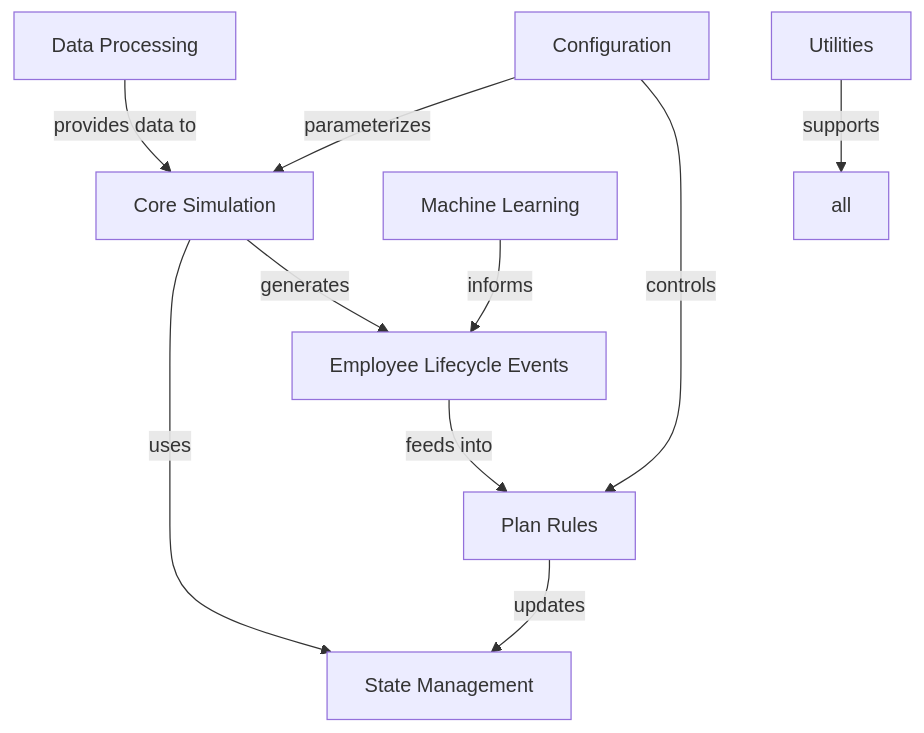
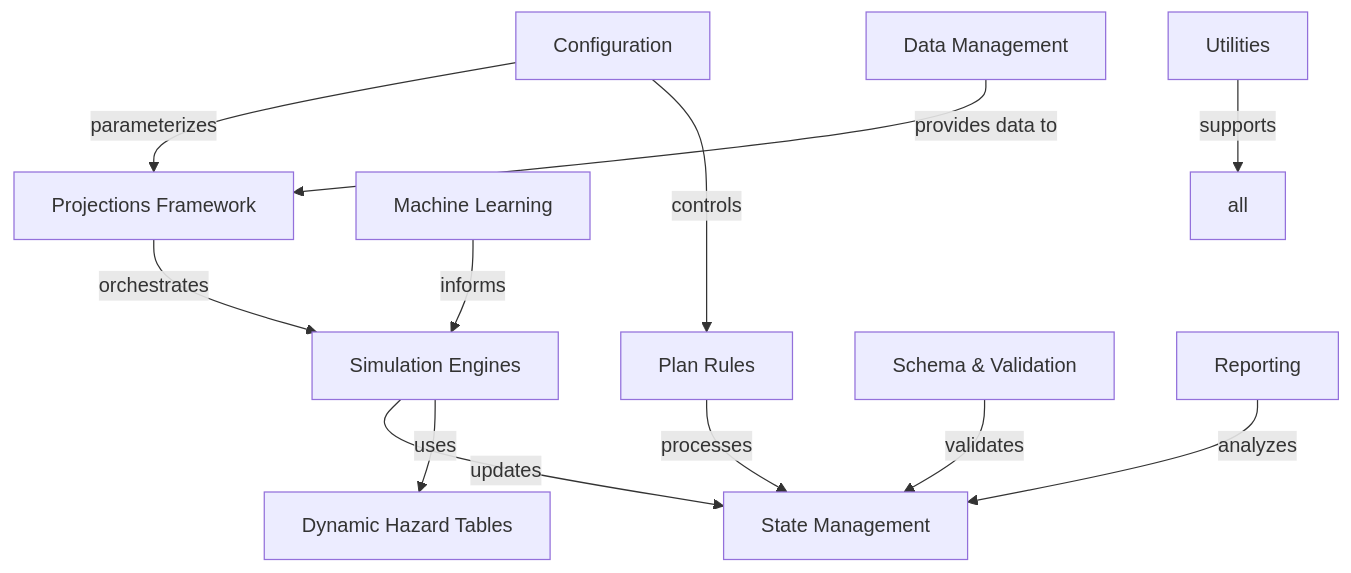
One commit to crzyc98/cost-model changed the diagram in docs/cost_model/01_key_modules.md. Above: the diagram before and after it, drawn with Mermaid. The commit also changed other lines of this file and 32 other files, not shown here.

````diff
--- a/docs/cost_model/01_key_modules.md
+++ b/docs/cost_model/01_key_modules.md
@@ -74,12 +123,14 @@
 ```mermaid
 graph TD
-    A[Core Simulation] -->|uses| B[State Management]
-    A -->|generates| C[Employee Lifecycle Events]
-    C -->|feeds into| D[Plan Rules]
-    D -->|updates| B
-    E[Data Processing] -->|provides data to| A
-    F[Machine Learning] -->|informs| C
-    G[Configuration] -->|parameterizes| A
-    G -->|controls| D
-    H[Utilities] -->|supports| all
+    A[Projections Framework] -->|orchestrates| B[Simulation Engines]
+    B -->|updates| C[State Management]
+    B -->|uses| D[Dynamic Hazard Tables]
+    E[Configuration] -->|parameterizes| A
+    E -->|controls| F[Plan Rules]
+    F -->|processes| C
+    G[Data Management] -->|provides data to| A
+    H[Machine Learning] -->|informs| B
+    I[Utilities] -->|supports| all
+    J[Schema & Validation] -->|validates| C
+    K[Reporting] -->|analyzes| C
 ```
````
